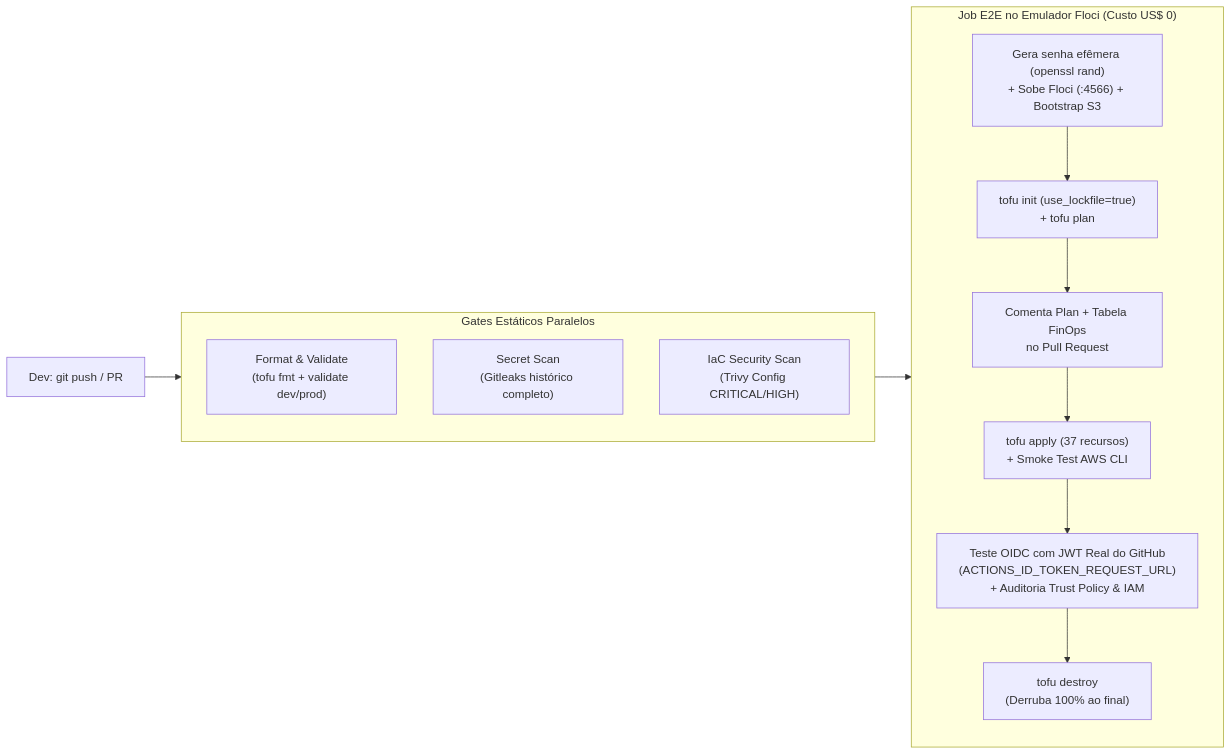
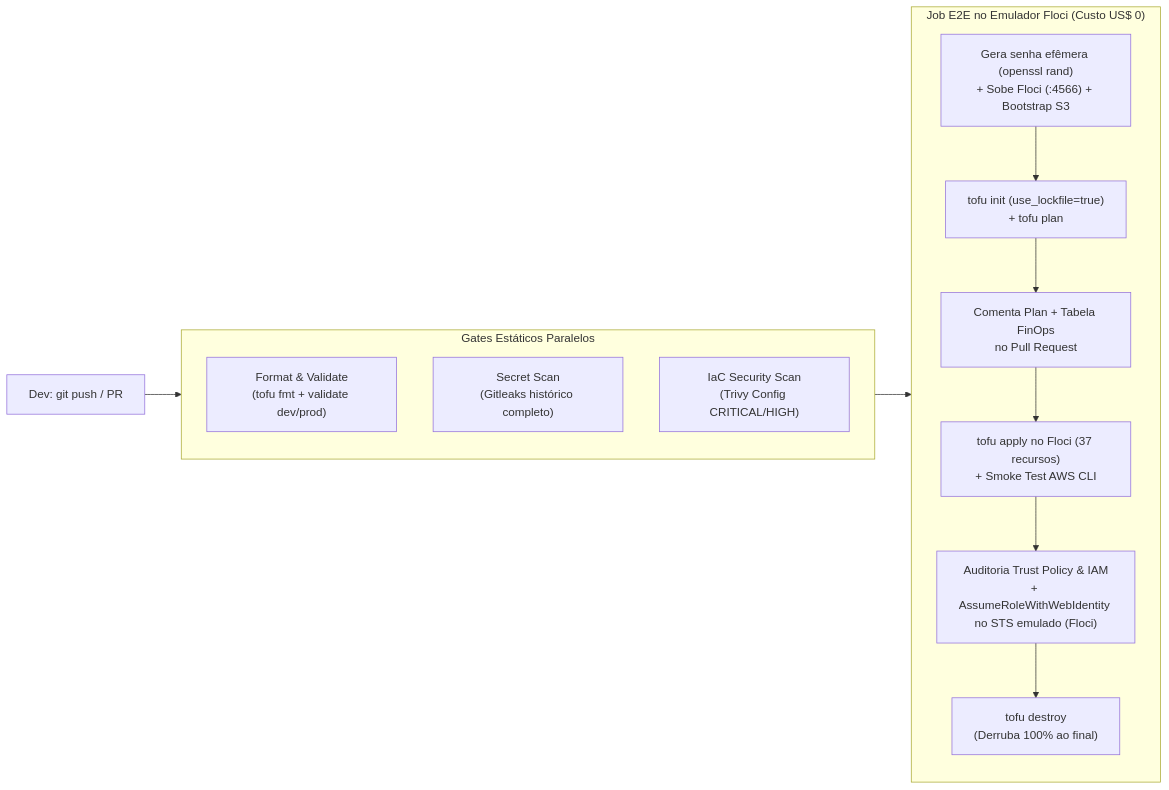
Before and after one commit to Gabriel-V-Mendes/infraestrutura-aws-opentofu-floci: the second of 2 diagrams in README.md, drawn with Mermaid. The commit also changed other lines of this file and 4 other files, not shown here.

Commit message:
docs(scope): clarify Floci emulator scope, local benchmarks method, and AWS Free Tier terms

````diff
--- a/README.md
+++ b/README.md
@@ -80,24 +85,24 @@
 ```mermaid
 flowchart LR
     PR["Dev: git push / PR"] --> Parallel
 
     subgraph Parallel["Gates Estáticos Paralelos"]
         direction TB
         Fmt["Format & Validate\n(tofu fmt + validate dev/prod)"]
         Sec["Secret Scan\n(Gitleaks histórico completo)"]
         IaC["IaC Security Scan\n(Trivy Config CRITICAL/HIGH)"]
     end
 
     Parallel --> E2E
 
     subgraph E2E["Job E2E no Emulador Floci (Custo US$ 0)"]
         direction TB
         Boot["Gera senha efêmera (openssl rand)\n+ Sobe Floci (:4566) + Bootstrap S3"]
         Plan["tofu init (use_lockfile=true)\n+ tofu plan"]
         Comment["Comenta Plan + Tabela FinOps\nno Pull Request"]
-        Apply["tofu apply (37 recursos)\n+ Smoke Test AWS CLI"]
-        OIDCTest["Teste OIDC com JWT Real do GitHub\n(ACTIONS_ID_TOKEN_REQUEST_URL)\n+ Auditoria Trust Policy & IAM"]
+        Apply["tofu apply no Floci (37 recursos)\n+ Smoke Test AWS CLI"]
+        OIDCTest["Auditoria Trust Policy & IAM\n+ AssumeRoleWithWebIdentity no STS emulado (Floci)"]
         Destroy["tofu destroy\n(Derruba 100% ao final)"]
         Boot --> Plan --> Comment --> Apply --> OIDCTest --> Destroy
     end
 ```
````
